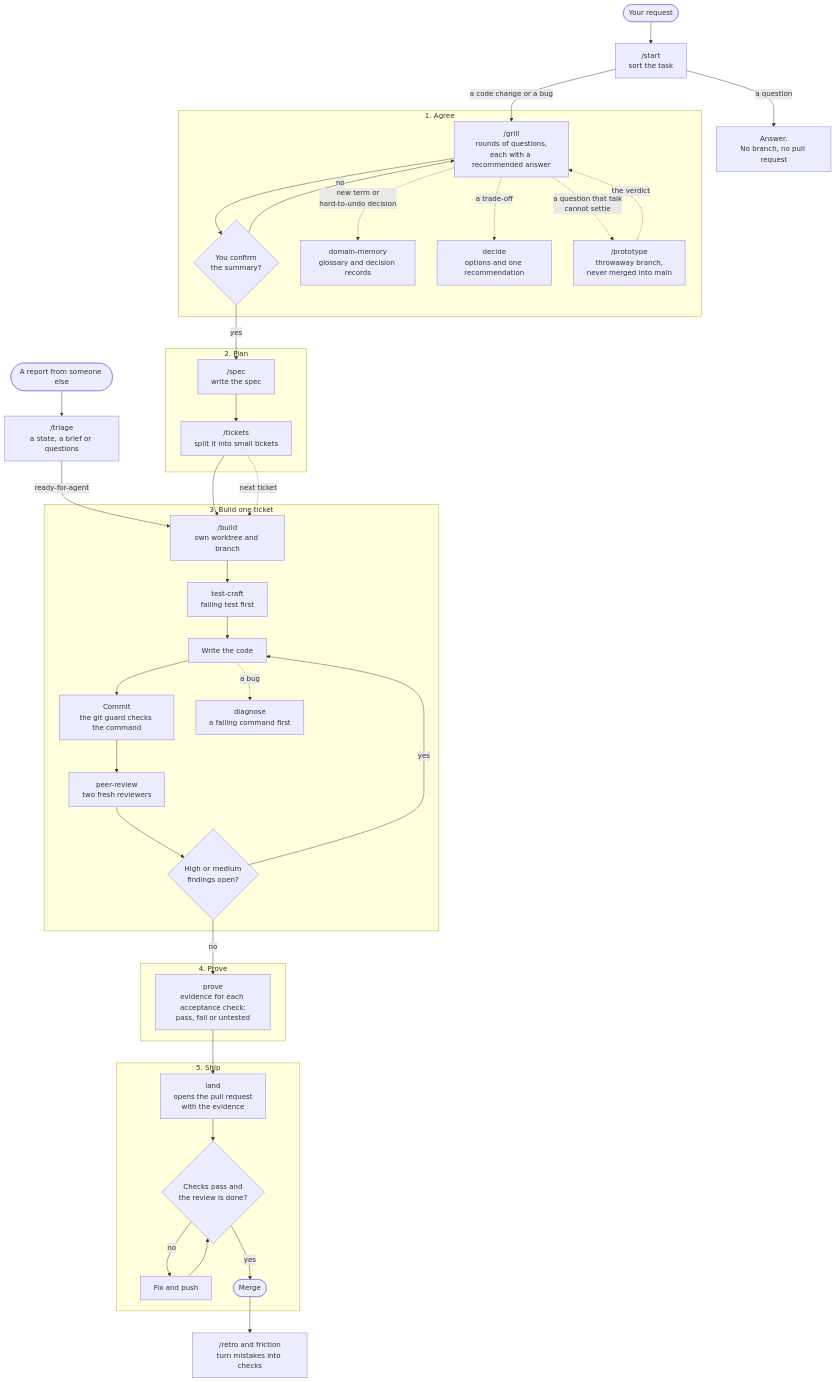
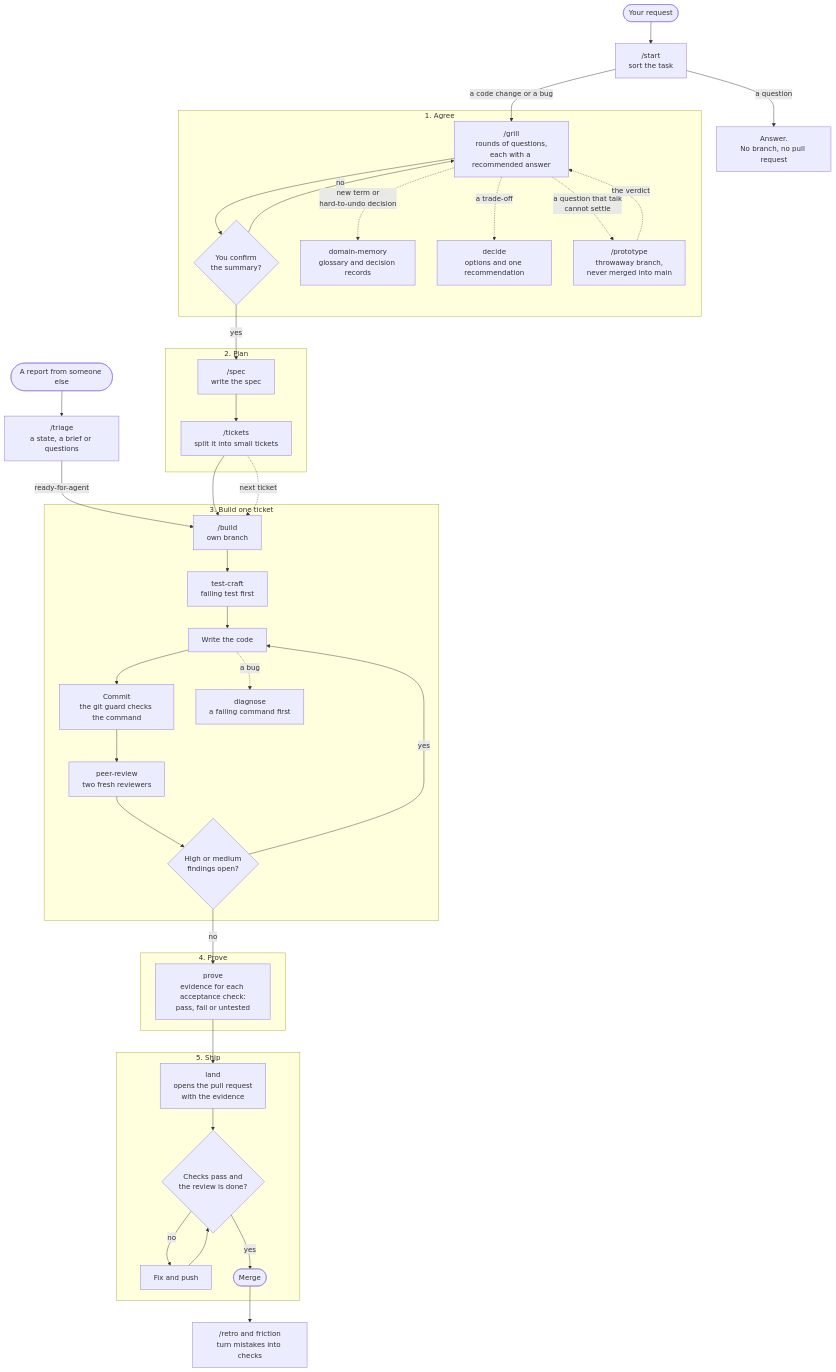
Before and after one commit to serhii12/sstack: the diagram in README.md, drawn with Mermaid. The commit also changed other lines of this file and 2 other files, not shown here.

First line of the commit message:
docs: say branch and checkout in AGENTS.md, README and the enforcement list

````diff
--- a/README.md
+++ b/README.md
@@ -9,53 +9,53 @@
 ```mermaid
 flowchart TD
   T(["Your request"]) --> S["/start<br/>sort the task"]
   TR(["A report from someone else"]) --> TG["/triage<br/>a state, a brief or questions"]
   TG -->|"ready-for-agent"| B
   S -->|"a question"| A["Answer.<br/>No branch, no pull request"]
   S -->|"a code change or a bug"| G
 
   subgraph P1["1. Agree"]
     G["/grill<br/>rounds of questions,<br/>each with a recommended answer"] --> C{"You confirm<br/>the summary?"}
     C -->|"no"| G
     G -.->|"new term or<br/>hard-to-undo decision"| DM["domain-memory<br/>glossary and decision records"]
     G -.->|"a trade-off"| D["decide<br/>options and one recommendation"]
     G -.->|"a question that talk<br/>cannot settle"| PT["/prototype<br/>throwaway branch,<br/>never merged into main"]
     PT -.->|"the verdict"| G
   end
 
   C -->|"yes"| SP
 
   subgraph P2["2. Plan"]
     SP["/spec<br/>write the spec"] --> TK["/tickets<br/>split it into small tickets"]
   end
 
   TK --> B
 
   subgraph P3["3. Build one ticket"]
-    B["/build<br/>own worktree and branch"] --> TC["test-craft<br/>failing test first"]
+    B["/build<br/>own branch"] --> TC["test-craft<br/>failing test first"]
     TC --> CODE["Write the code"]
     CODE --> CM["Commit<br/>the git guard checks the command"]
     CM --> PR["peer-review<br/>two fresh reviewers"]
     PR --> F{"High or medium<br/>findings open?"}
     F -->|"yes"| CODE
     CODE -.->|"a bug"| DG["diagnose<br/>a failing command first"]
   end
 
   F -->|"no"| PV
 
   subgraph P4["4. Prove"]
     PV["prove<br/>evidence for each acceptance check:<br/>pass, fail or untested"]
   end
 
   PV --> SH
 
   subgraph P5["5. Ship"]
     SH["land<br/>opens the pull request<br/>with the evidence"] --> MG{"Checks pass and<br/>the review is done?"}
     MG -->|"no"| FX["Fix and push"]
     FX --> MG
     MG -->|"yes"| M(["Merge"])
   end
 
   M --> RT["/retro and friction<br/>turn mistakes into checks"]
   TK -.->|"next ticket"| B
 ```
````
